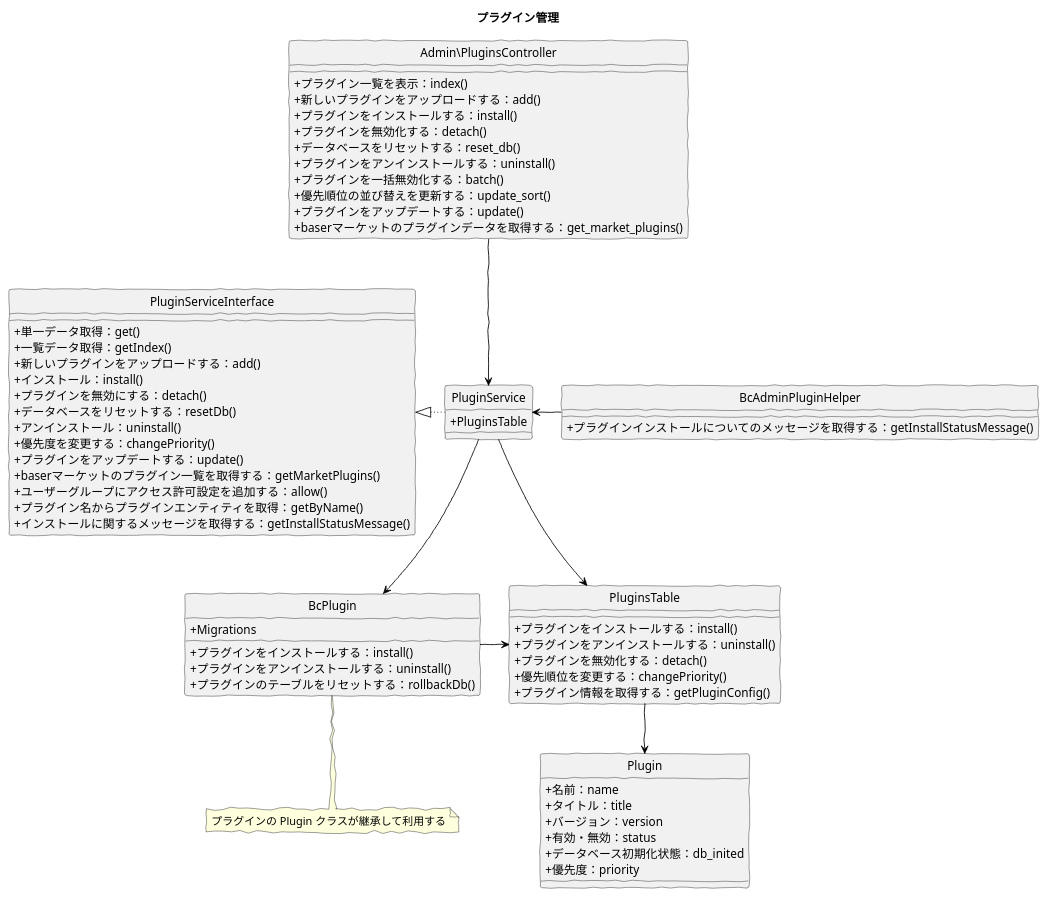
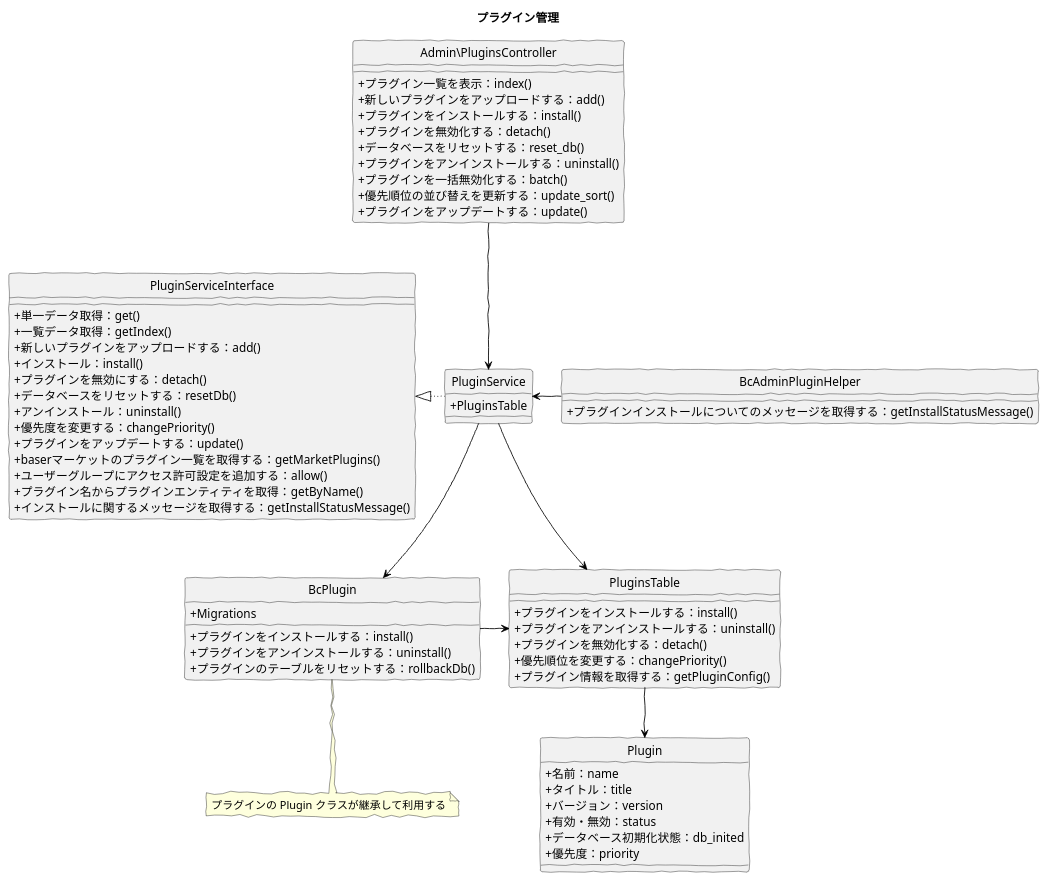
One commit to baserproject/baserproject.github.io changed the diagram in src/puml/5/ucmitz/svg/class/manage_plugins.puml. Above: the diagram before and after it, drawn with PlantUML. The commit also changed 9 other files, not shown here.

```diff
--- a/src/puml/5/ucmitz/svg/class/manage_plugins.puml
+++ b/src/puml/5/ucmitz/svg/class/manage_plugins.puml
@@ -1,81 +1,80 @@
 @startuml
 skinparam handwritten true
 skinparam backgroundColor white
 hide circle
 skinparam classAttributeIconSize 0
 
 title プラグイン管理
 
 class Admin\PluginsController {
   + プラグイン一覧を表示：index()
   + 新しいプラグインをアップロードする：add()
   + プラグインをインストールする：install()
   + プラグインを無効化する：detach()
   + データベースをリセットする：reset_db()
   + プラグインをアンインストールする：uninstall()
   + プラグインを一括無効化する：batch()
   + 優先順位の並び替えを更新する：update_sort()
   + プラグインをアップデートする：update()
-  + baserマーケットのプラグインデータを取得する：get_market_plugins()
 }
 
 class BcAdminPluginHelper {
   + プラグインインストールについてのメッセージを取得する：getInstallStatusMessage()
 }
 
 class PluginService {
   + PluginsTable
 }
 
 class PluginServiceInterface {
   + 単一データ取得：get()
   + 一覧データ取得：getIndex()
 	+ 新しいプラグインをアップロードする：add()
   + インストール：install()
 	+ プラグインを無効にする：detach()
 	+ データベースをリセットする：resetDb()
   + アンインストール：uninstall()
   + 優先度を変更する：changePriority()
   + プラグインをアップデートする：update()
   + baserマーケットのプラグイン一覧を取得する：getMarketPlugins()
 	+ ユーザーグループにアクセス許可設定を追加する：allow()
 	+ プラグイン名からプラグインエンティティを取得：getByName()
 	+ インストールに関するメッセージを取得する：getInstallStatusMessage()
 }
 
 class BcPlugin {
 	+ Migrations
 	+ プラグインをインストールする：install()
 	+ プラグインをアンインストールする：uninstall()
 	+ プラグインのテーブルをリセットする：rollbackDb()
 }
 note bottom of (BcPlugin)
 プラグインの Plugin クラスが継承して利用する
 endnote
 
 class PluginsTable {
   + プラグインをインストールする：install()
   + プラグインをアンインストールする：uninstall()
   + プラグインを無効化する：detach()
   + 優先順位を変更する：changePriority()
   + プラグイン情報を取得する：getPluginConfig()
 }
 
 class Plugin {
 	+ 名前：name
 	+ タイトル：title
 	+ バージョン：version
 	+ 有効・無効：status
 	+ データベース初期化状態：db_inited
 	+ 優先度：priority
 }
 
 Admin\PluginsController -down[#Black]-> PluginService
 BcAdminPluginHelper -left[#Black]-> PluginService
 PluginService -down[#Black]-> PluginsTable
 PluginService -down[#Black]-> BcPlugin
 BcPlugin -right[#Black]-> PluginsTable
 PluginService -left[dotted,#Black]-|> PluginServiceInterface
 PluginsTable -down[#Black]-> Plugin
 
 @enduml
```
